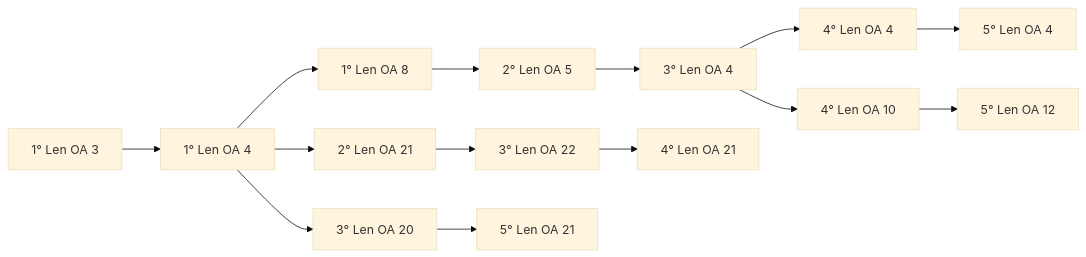
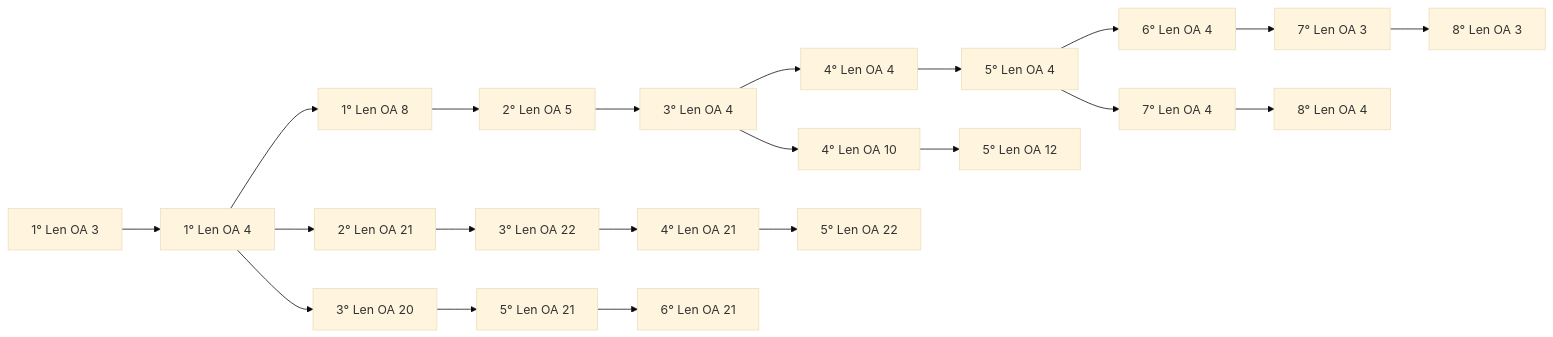
Before and after one commit to seanduarteu-cyber/PRODUCCION-PLAYMAKER: the second of 4 diagrams in expedicion-saber/docs/progresion.md, drawn with Mermaid (base theme). The commit also changed other lines of this file and 16 other files, not shown here.

````diff
--- a/expedicion-saber/docs/progresion.md
+++ b/expedicion-saber/docs/progresion.md
@@ -53,16 +53,23 @@
 ```mermaid
 flowchart LR
   1_basico_lenguaje_OA3["1° Len OA 3"] --> 1_basico_lenguaje_OA4["1° Len OA 4"]
   1_basico_lenguaje_OA4["1° Len OA 4"] --> 1_basico_lenguaje_OA8["1° Len OA 8"]
   1_basico_lenguaje_OA8["1° Len OA 8"] --> 2_basico_lenguaje_OA5["2° Len OA 5"]
   1_basico_lenguaje_OA4["1° Len OA 4"] --> 2_basico_lenguaje_OA21["2° Len OA 21"]
   2_basico_lenguaje_OA5["2° Len OA 5"] --> 3_basico_lenguaje_OA4["3° Len OA 4"]
   1_basico_lenguaje_OA4["1° Len OA 4"] --> 3_basico_lenguaje_OA20["3° Len OA 20"]
   2_basico_lenguaje_OA21["2° Len OA 21"] --> 3_basico_lenguaje_OA22["3° Len OA 22"]
   3_basico_lenguaje_OA4["3° Len OA 4"] --> 4_basico_lenguaje_OA4["4° Len OA 4"]
   3_basico_lenguaje_OA4["3° Len OA 4"] --> 4_basico_lenguaje_OA10["4° Len OA 10"]
   3_basico_lenguaje_OA22["3° Len OA 22"] --> 4_basico_lenguaje_OA21["4° Len OA 21"]
   4_basico_lenguaje_OA4["4° Len OA 4"] --> 5_basico_lenguaje_OA4["5° Len OA 4"]
   4_basico_lenguaje_OA10["4° Len OA 10"] --> 5_basico_lenguaje_OA12["5° Len OA 12"]
   3_basico_lenguaje_OA20["3° Len OA 20"] --> 5_basico_lenguaje_OA21["5° Len OA 21"]
+  4_basico_lenguaje_OA21["4° Len OA 21"] --> 5_basico_lenguaje_OA22["5° Len OA 22"]
+  5_basico_lenguaje_OA4["5° Len OA 4"] --> 6_basico_lenguaje_OA4["6° Len OA 4"]
+  5_basico_lenguaje_OA21["5° Len OA 21"] --> 6_basico_lenguaje_OA21["6° Len OA 21"]
+  6_basico_lenguaje_OA4["6° Len OA 4"] --> 7_basico_lenguaje_OA3["7° Len OA 3"]
+  5_basico_lenguaje_OA4["5° Len OA 4"] --> 7_basico_lenguaje_OA4["7° Len OA 4"]
+  7_basico_lenguaje_OA3["7° Len OA 3"] --> 8_basico_lenguaje_OA3["8° Len OA 3"]
+  7_basico_lenguaje_OA4["7° Len OA 4"] --> 8_basico_lenguaje_OA4["8° Len OA 4"]
 ```
````
